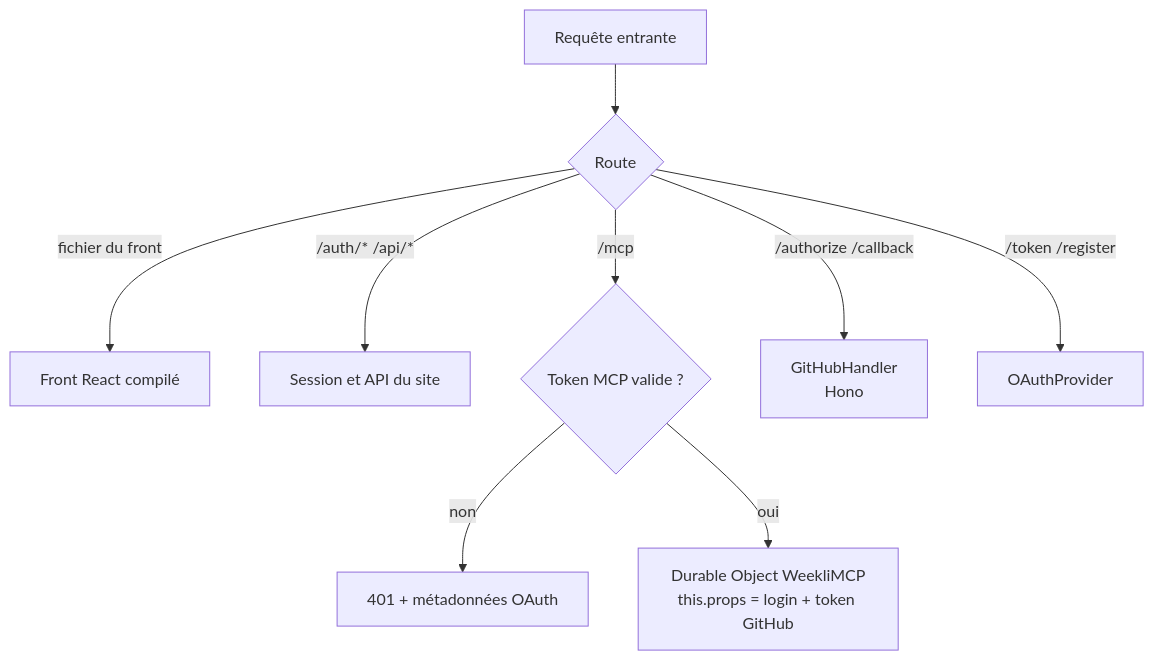
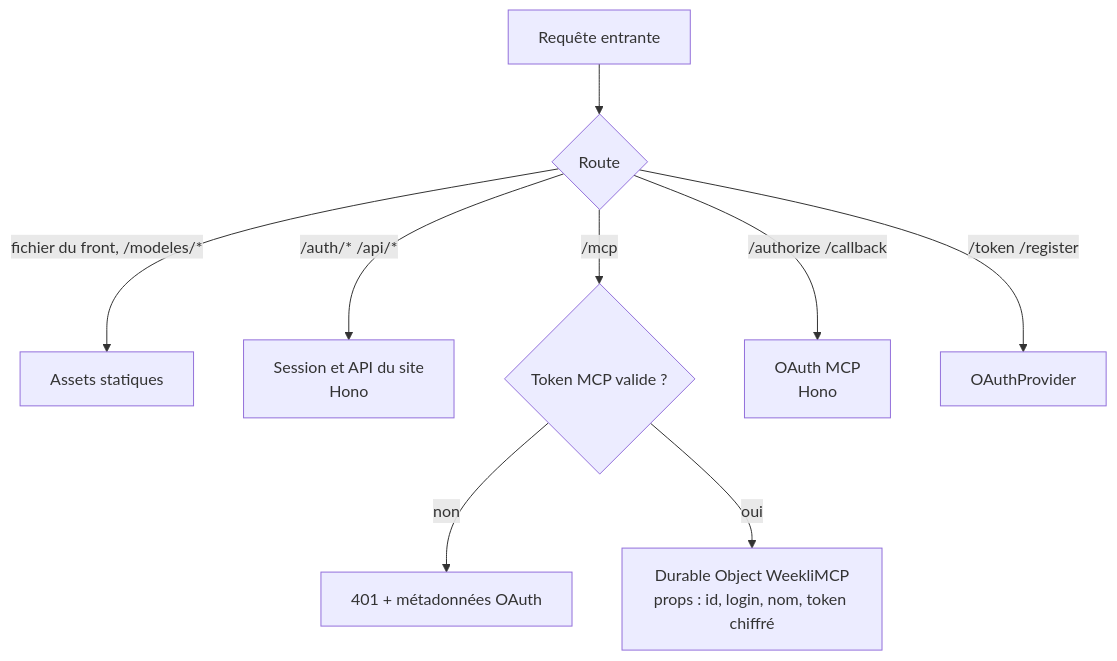
The first of 8 diagrams in docs/architecture.md (Souf-F/weekli), drawn with Mermaid before and after one commit. The commit also changed other lines of this file and 288 other files, not shown here.

````diff
--- a/docs/architecture.md
+++ b/docs/architecture.md
@@ -20,11 +25,11 @@
 ```mermaid
 flowchart TB
     R[Requête entrante] --> A{Route}
-    A -- fichier du front --> S[Front React compilé]
-    A -- /auth/* /api/* --> W[Session et API du site]
+    A -- fichier du front, /modeles/* --> S[Assets statiques]
+    A -- /auth/* /api/* --> W[Session et API du site<br/>Hono]
     A -- /mcp --> T{Token MCP valide ?}
     T -- non --> E[401 + métadonnées OAuth]
-    T -- oui --> D[Durable Object WeekliMCP<br/>this.props = login + token GitHub]
-    A -- /authorize /callback --> H[GitHubHandler<br/>Hono]
+    T -- oui --> D[Durable Object WeekliMCP<br/>props : id, login, nom, token chiffré]
+    A -- /authorize /callback --> H[OAuth MCP<br/>Hono]
     A -- /token /register --> P[OAuthProvider]
 ```
````
